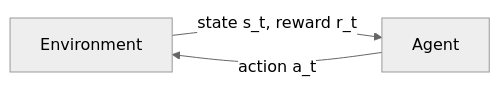
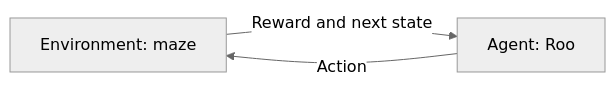
Before and after one commit to Hmago/ml4: the first of 2 diagrams in content/15_reinforcement_learning.md, drawn with Mermaid (neutral theme). The commit also changed other lines of this file and 7 other files, not shown here.

````diff
--- a/content/15_reinforcement_learning.md
+++ b/content/15_reinforcement_learning.md
@@ -68,5 +62,5 @@
 ```mermaid
 flowchart LR
-    E["Environment"] -- "state s_t, reward r_t" --> A["Agent"]
-    A -- "action a_t" --> E
+    E["Environment: maze"] -- "Reward and next state" --> A["Agent: Roo"]
+    A -- "Action" --> E
 ```
````
